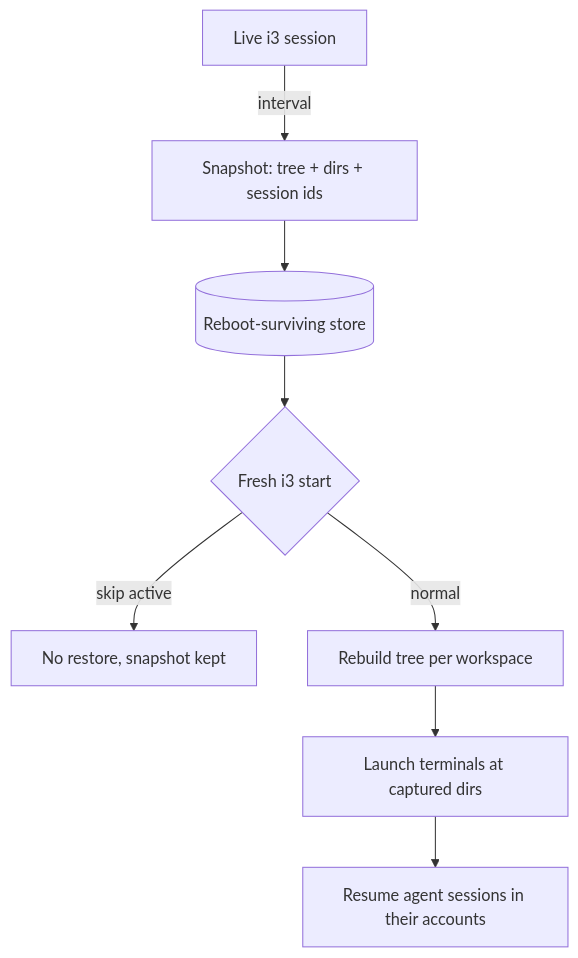
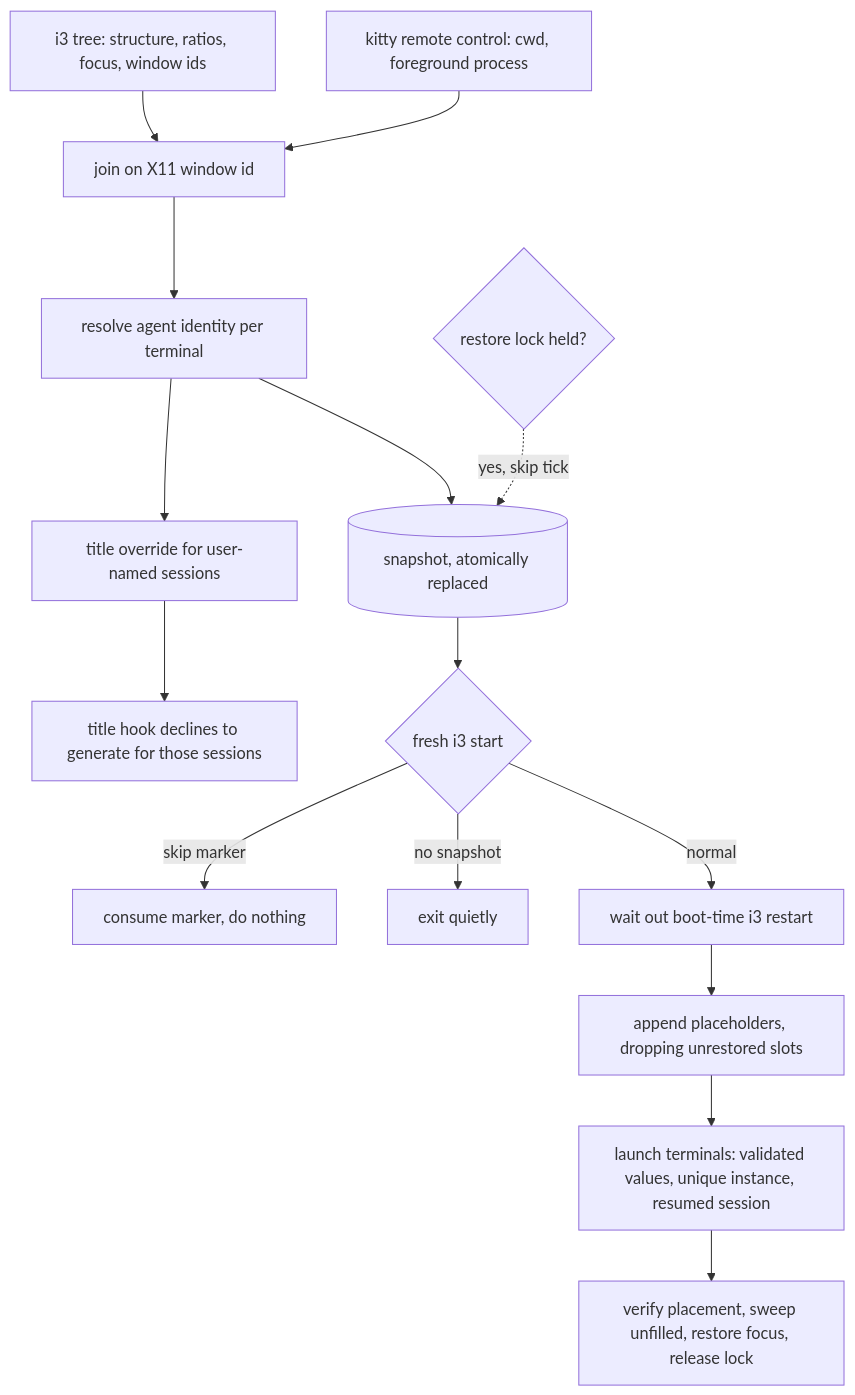
The diagram in docs/plans/2026-08-23-001-feat-i3-session-restore-plan.md (matteoneri/system_settings), drawn with Mermaid before and after one commit. The commit also changed other lines of this file, not shown here.

First line of the commit message:
Enrich i3 session restore plan to implementation-ready

````diff
--- a/docs/plans/2026-08-23-001-feat-i3-session-restore-plan.md
+++ b/docs/plans/2026-08-23-001-feat-i3-session-restore-plan.md
@@ -94,10 +203,17 @@
 ```mermaid
 flowchart TB
-  A[Live i3 session] -->|interval| B[Snapshot: tree + dirs + session ids]
-  B --> C[(Reboot-surviving store)]
-  C --> D{Fresh i3 start}
-  D -->|skip active| E[No restore, snapshot kept]
-  D -->|normal| F[Rebuild tree per workspace]
-  F --> G[Launch terminals at captured dirs]
-  G --> H[Resume agent sessions in their accounts]
+  A[i3 tree: structure, ratios, focus, window ids] --> J[join on X11 window id]
+  B[kitty remote control: cwd, foreground process] --> J
+  J --> C[resolve agent identity per terminal]
+  C --> D[(snapshot, atomically replaced)]
+  C --> E[title override for user-named sessions]
+  E --> E2[title hook declines to generate for those sessions]
+  L{restore lock held?} -.->|yes, skip tick| D
+  D --> F{fresh i3 start}
+  F -->|skip marker| G[consume marker, do nothing]
+  F -->|no snapshot| G2[exit quietly]
+  F -->|normal| H[wait out boot-time i3 restart]
+  H --> I[append placeholders, dropping unrestored slots]
+  I --> K[launch terminals: validated values, unique instance, resumed session]
+  K --> M[verify placement, sweep unfilled, restore focus, release lock]
 ```
````
